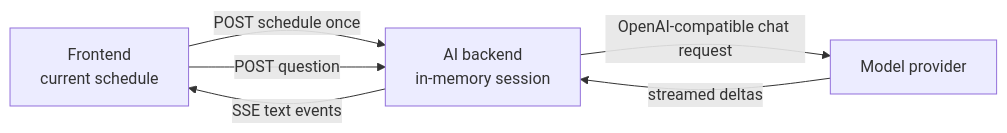
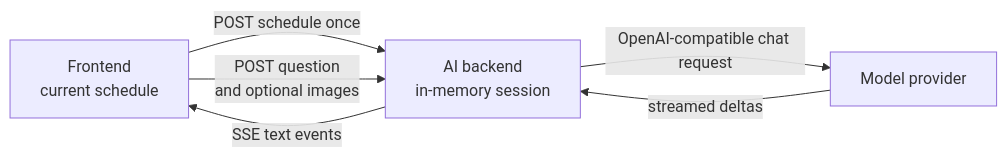
The diagram in docs/ai-assistant.md (j3soon/nurse-scheduling), drawn with Mermaid before and after one commit. The commit also changed other lines of this file and 20 other files, not shown here.

````diff
--- a/docs/ai-assistant.md
+++ b/docs/ai-assistant.md
@@ -37,8 +41,8 @@
 ```mermaid
 flowchart LR
     Browser[Frontend<br/>current schedule] -->|POST schedule once| Session[AI backend<br/>in-memory session]
-    Browser -->|POST question| Session
+    Browser -->|POST question<br/>and optional images| Session
     Session -->|OpenAI-compatible chat request| Provider[Model provider]
     Provider -->|streamed deltas| Session
     Session -->|SSE text events| Browser
 ```
````
